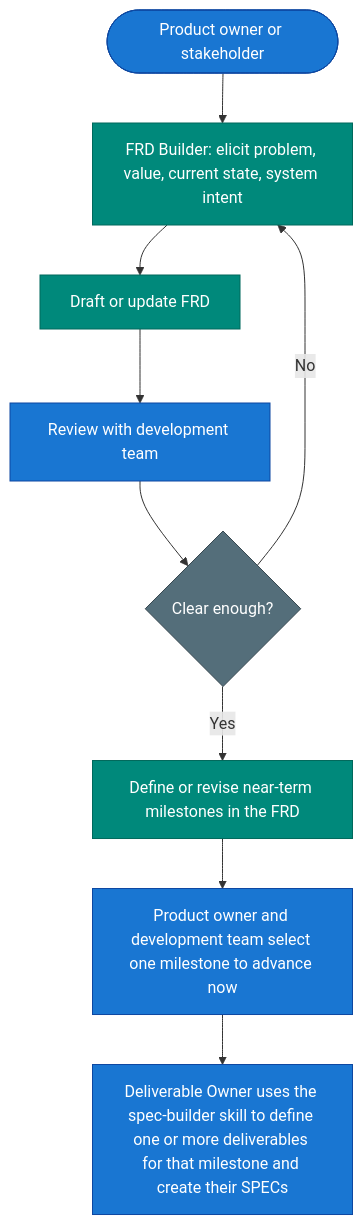
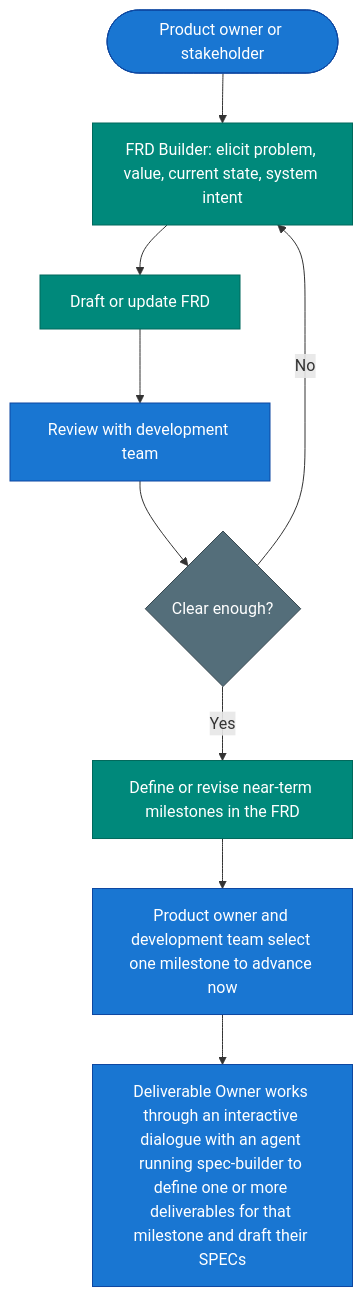
The second of 3 diagrams in zazz-framework.md (zazzcode/zazz-skills), drawn with Mermaid before and after one commit. The commit also changed other lines of this file, not shown here.

Commit message:
Clarify agent and skill roles in FRD flow

````diff
--- a/zazz-framework.md
+++ b/zazz-framework.md
@@ -363,19 +363,19 @@
 ```mermaid
 flowchart TD
     A([Product owner or stakeholder]) --> B[FRD Builder: elicit problem, value, current state, system intent]
     B --> C[Draft or update FRD]
     C --> D[Review with development team]
     D --> E{Clear enough?}
     E -->|No| B
     E -->|Yes| F[Define or revise near-term milestones in the FRD]
     F --> G[Product owner and development team select one milestone to advance now]
-    G --> H[Deliverable Owner uses the spec-builder skill to define one or more deliverables for that milestone and create their SPECs]
+    G --> H[Deliverable Owner works through an interactive dialogue with an agent running spec-builder to define one or more deliverables for that milestone and draft their SPECs]
 
     classDef human fill:#1976d2,stroke:#0d47a1,color:#fff
     classDef agent fill:#00897b,stroke:#00695c,color:#fff
     classDef decision fill:#546e7a,stroke:#37474f,color:#fff
     class A,D human
     class B,C,F agent
     class G,H human
     class E decision
 ```
````
